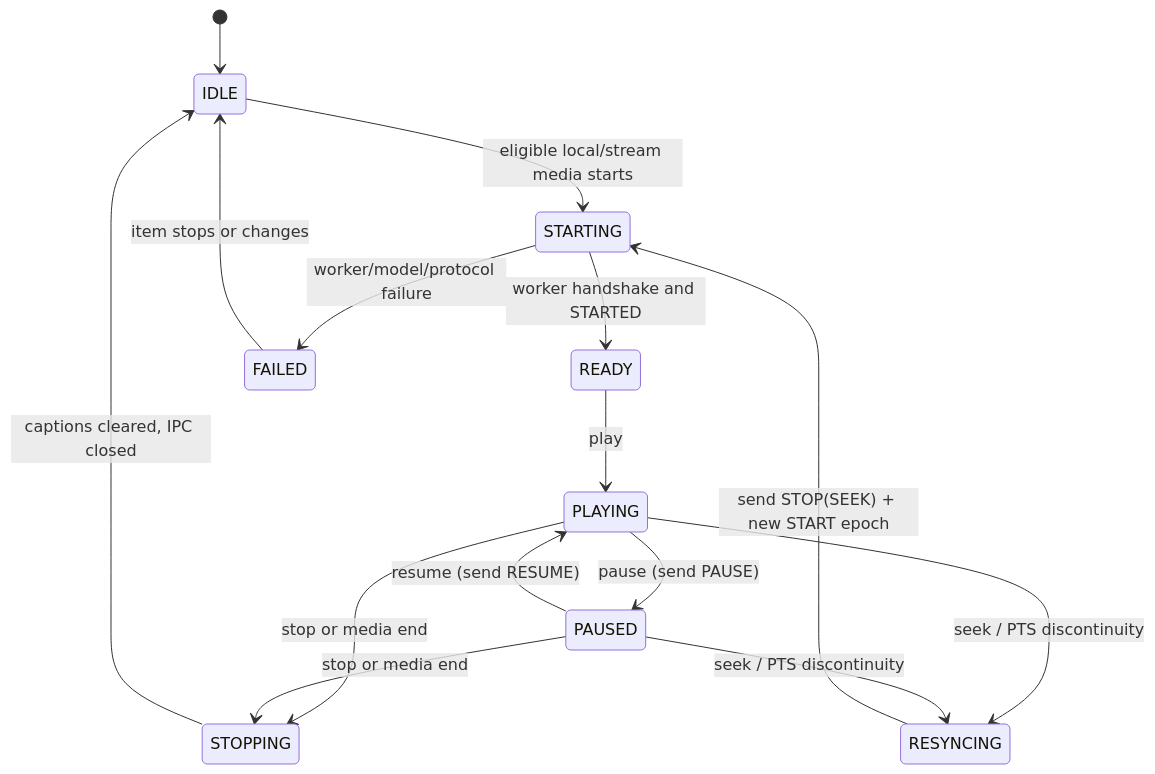
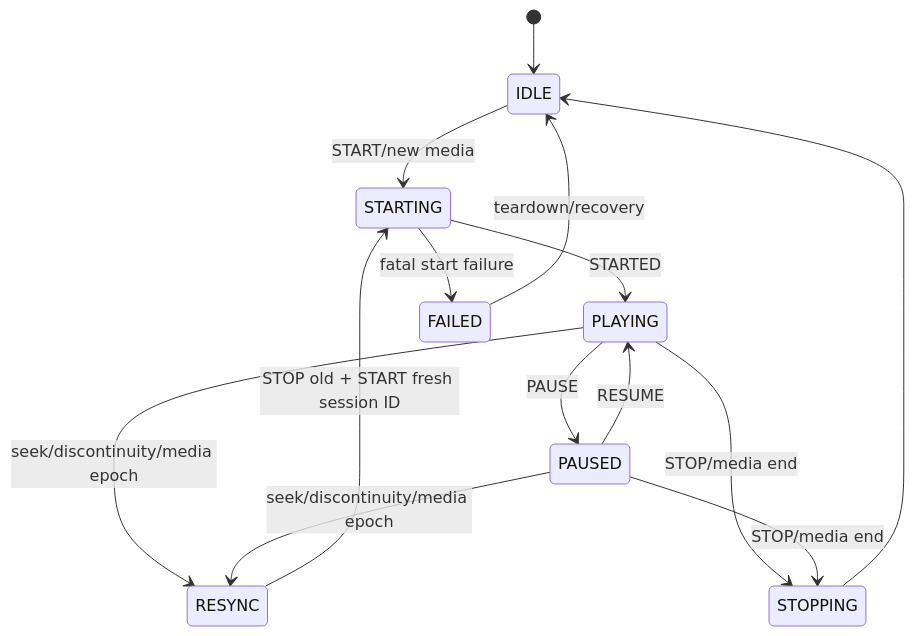
One commit to rzv04/vlc-whisper changed the second of 4 diagrams in docs/diagrams.md. Above: the diagram before and after it, drawn with Mermaid. The commit also changed other lines of this file and 12 other files, not shown here.

````diff
--- a/docs/diagrams.md
+++ b/docs/diagrams.md
@@ -49,17 +23,16 @@
 ```mermaid
 stateDiagram-v2
     [*] --> IDLE
-    IDLE --> STARTING: eligible local/stream media starts
-    STARTING --> READY: worker handshake and STARTED
-    STARTING --> FAILED: worker/model/protocol failure
-    READY --> PLAYING: play
-    PLAYING --> PAUSED: pause (send PAUSE)
-    PAUSED --> PLAYING: resume (send RESUME)
-    PLAYING --> STOPPING: stop or media end
-    PAUSED --> STOPPING: stop or media end
-    STOPPING --> IDLE: captions cleared, IPC closed
-    PLAYING --> RESYNCING: seek / PTS discontinuity
-    PAUSED --> RESYNCING: seek / PTS discontinuity
-    RESYNCING --> STARTING: send STOP(SEEK) + new START epoch
-    FAILED --> IDLE: item stops or changes
+    IDLE --> STARTING: START/new media
+    STARTING --> PLAYING: STARTED
+    STARTING --> FAILED: fatal start failure
+    PLAYING --> PAUSED: PAUSE
+    PAUSED --> PLAYING: RESUME
+    PLAYING --> RESYNC: seek/discontinuity/media epoch
+    PAUSED --> RESYNC: seek/discontinuity/media epoch
+    RESYNC --> STARTING: STOP old + START fresh session ID
+    PLAYING --> STOPPING: STOP/media end
+    PAUSED --> STOPPING: STOP/media end
+    STOPPING --> IDLE
+    FAILED --> IDLE: teardown/recovery
 ```
````
